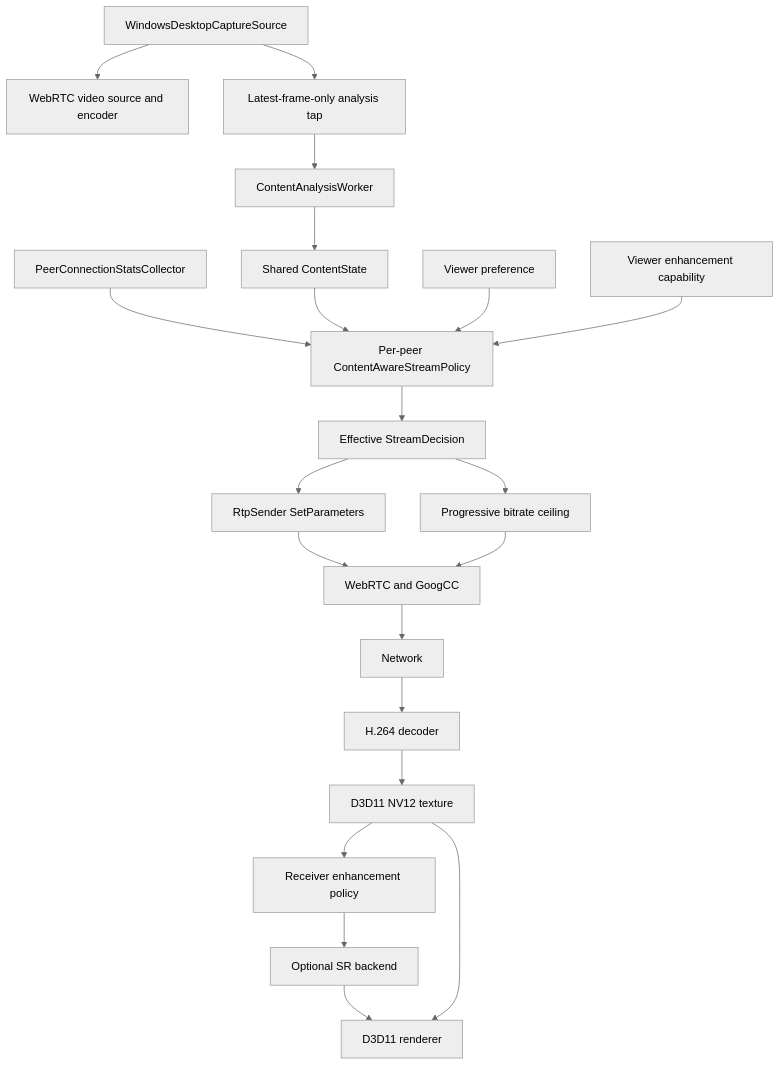
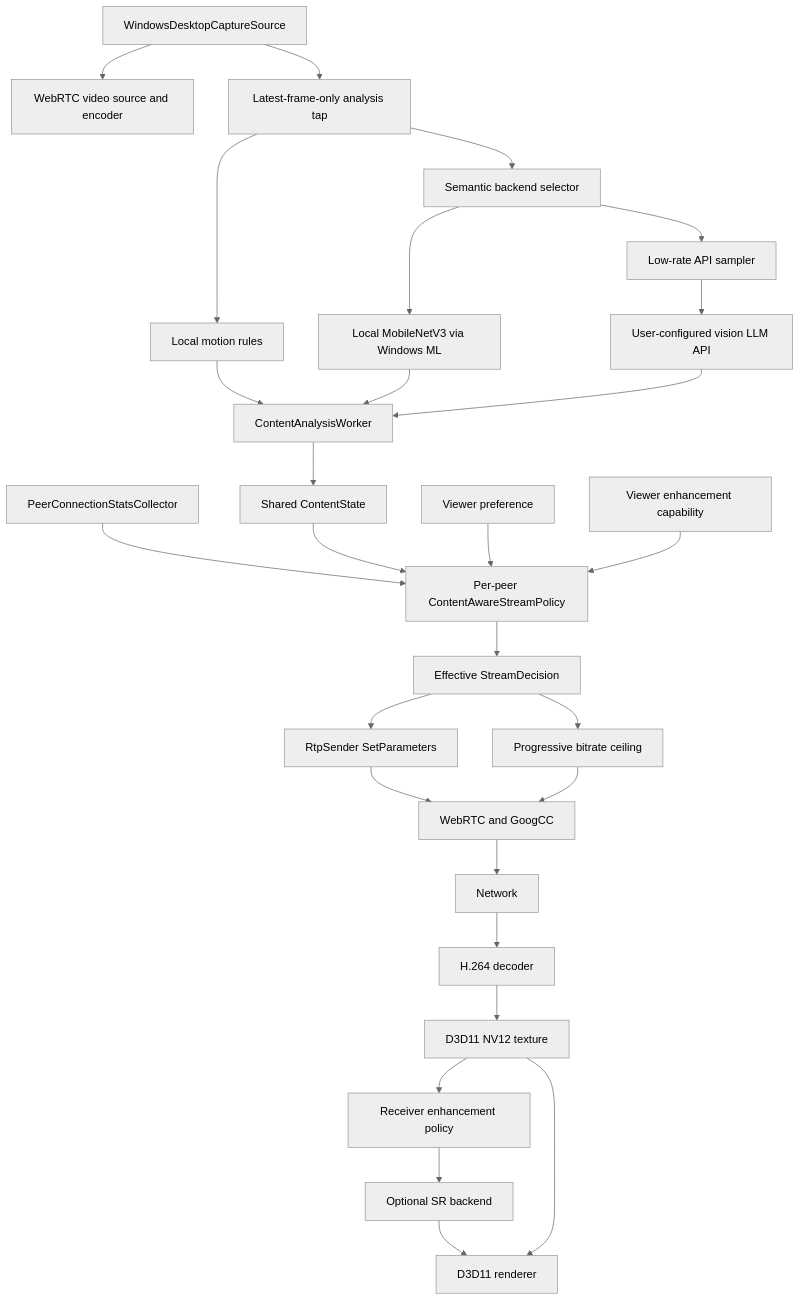
The diagram in docs/ai-content-aware-streaming-plan.md (buyersystem/RLink-RemoteCtrl), drawn with Mermaid (neutral theme) before and after one commit. The commit also changed other lines of this file and 23 other files, not shown here.

First line of the commit message:
feat: add content analysis foundation

````diff
--- a/docs/ai-content-aware-streaming-plan.md
+++ b/docs/ai-content-aware-streaming-plan.md
@@ -24,26 +24,33 @@
 ```mermaid
 flowchart TD
     Capture[WindowsDesktopCaptureSource] --> Encoder[WebRTC video source and encoder]
     Capture --> Tap[Latest-frame-only analysis tap]
-    Tap --> Analyzer[ContentAnalysisWorker]
+    Tap --> Rules[Local motion rules]
+    Tap --> SemanticRouter[Semantic backend selector]
+    SemanticRouter --> LocalModel[Local MobileNetV3 via Windows ML]
+    SemanticRouter --> ApiSampler[Low-rate API sampler]
+    ApiSampler --> VisionApi[User-configured vision LLM API]
+    Rules --> Analyzer[ContentAnalysisWorker]
+    LocalModel --> Analyzer
+    VisionApi --> Analyzer
     Analyzer --> State[Shared ContentState]
 
     Stats[PeerConnectionStatsCollector] --> PolicyA[Per-peer ContentAwareStreamPolicy]
     State --> PolicyA
     Preference[Viewer preference] --> PolicyA
     Capability[Viewer enhancement capability] --> PolicyA
 
     PolicyA --> Decision[Effective StreamDecision]
     Decision --> Sender[RtpSender SetParameters]
     Decision --> Ceiling[Progressive bitrate ceiling]
     Sender --> GoogCC[WebRTC and GoogCC]
     Ceiling --> GoogCC
     GoogCC --> Network[Network]
 
     Network --> Decoder[H.264 decoder]
     Decoder --> Texture[D3D11 NV12 texture]
     Texture --> ReceiverPolicy[Receiver enhancement policy]
     ReceiverPolicy --> SR[Optional SR backend]
     SR --> Renderer[D3D11 renderer]
     Texture --> Renderer
 ```
````
